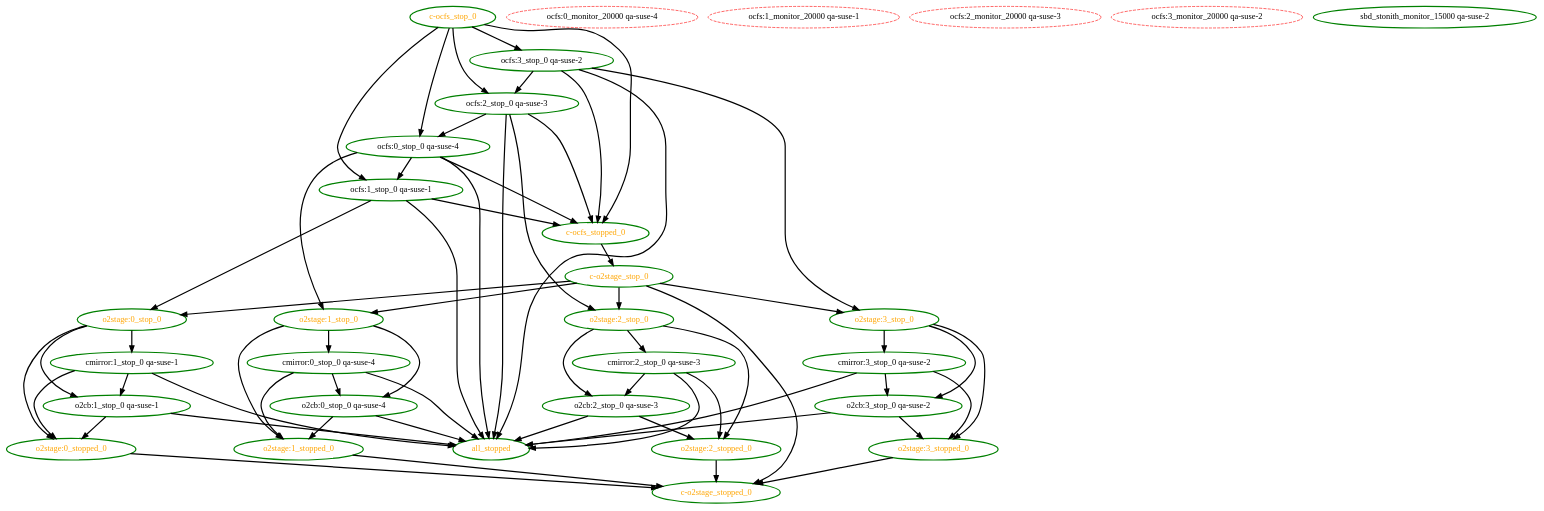
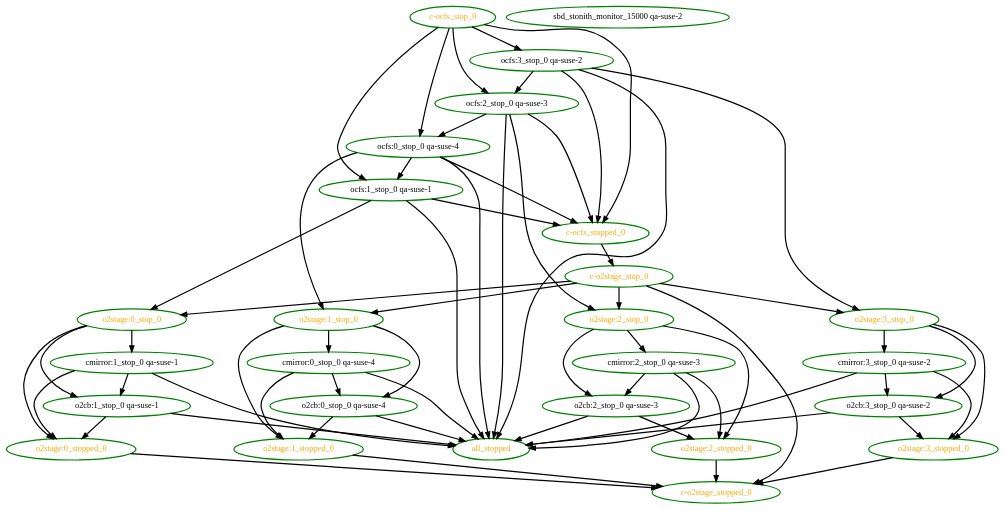
Before and after one commit to ClusterLabs/pacemaker: the diagram in pengine/test10/bug-lf-2422.dot, drawn with Graphviz.

Commit message:
Test: pengine: Do not reschedule monitors that are no longer needed while resource definitions have changed (update regression test)

```diff
--- a/pengine/test10/bug-lf-2422.dot
+++ b/pengine/test10/bug-lf-2422.dot
@@ -1,94 +1,90 @@
 digraph "g" {
 "all_stopped" [ style=bold color="green" fontcolor="orange" ]
 "c-o2stage_stop_0" -> "c-o2stage_stopped_0" [ style = bold]
 "c-o2stage_stop_0" -> "o2stage:0_stop_0" [ style = bold]
 "c-o2stage_stop_0" -> "o2stage:1_stop_0" [ style = bold]
 "c-o2stage_stop_0" -> "o2stage:2_stop_0" [ style = bold]
 "c-o2stage_stop_0" -> "o2stage:3_stop_0" [ style = bold]
 "c-o2stage_stop_0" [ style=bold color="green" fontcolor="orange" ]
 "c-o2stage_stopped_0" [ style=bold color="green" fontcolor="orange" ]
 "c-ocfs_stop_0" -> "c-ocfs_stopped_0" [ style = bold]
 "c-ocfs_stop_0" -> "ocfs:0_stop_0 qa-suse-4" [ style = bold]
 "c-ocfs_stop_0" -> "ocfs:1_stop_0 qa-suse-1" [ style = bold]
 "c-ocfs_stop_0" -> "ocfs:2_stop_0 qa-suse-3" [ style = bold]
 "c-ocfs_stop_0" -> "ocfs:3_stop_0 qa-suse-2" [ style = bold]
 "c-ocfs_stop_0" [ style=bold color="green" fontcolor="orange" ]
 "c-ocfs_stopped_0" -> "c-o2stage_stop_0" [ style = bold]
 "c-ocfs_stopped_0" [ style=bold color="green" fontcolor="orange" ]
 "cmirror:0_stop_0 qa-suse-4" -> "all_stopped" [ style = bold]
 "cmirror:0_stop_0 qa-suse-4" -> "o2cb:0_stop_0 qa-suse-4" [ style = bold]
 "cmirror:0_stop_0 qa-suse-4" -> "o2stage:1_stopped_0" [ style = bold]
 "cmirror:0_stop_0 qa-suse-4" [ style=bold color="green" fontcolor="black" ]
 "cmirror:1_stop_0 qa-suse-1" -> "all_stopped" [ style = bold]
 "cmirror:1_stop_0 qa-suse-1" -> "o2cb:1_stop_0 qa-suse-1" [ style = bold]
 "cmirror:1_stop_0 qa-suse-1" -> "o2stage:0_stopped_0" [ style = bold]
 "cmirror:1_stop_0 qa-suse-1" [ style=bold color="green" fontcolor="black" ]
 "cmirror:2_stop_0 qa-suse-3" -> "all_stopped" [ style = bold]
 "cmirror:2_stop_0 qa-suse-3" -> "o2cb:2_stop_0 qa-suse-3" [ style = bold]
 "cmirror:2_stop_0 qa-suse-3" -> "o2stage:2_stopped_0" [ style = bold]
 "cmirror:2_stop_0 qa-suse-3" [ style=bold color="green" fontcolor="black" ]
 "cmirror:3_stop_0 qa-suse-2" -> "all_stopped" [ style = bold]
 "cmirror:3_stop_0 qa-suse-2" -> "o2cb:3_stop_0 qa-suse-2" [ style = bold]
 "cmirror:3_stop_0 qa-suse-2" -> "o2stage:3_stopped_0" [ style = bold]
 "cmirror:3_stop_0 qa-suse-2" [ style=bold color="green" fontcolor="black" ]
 "o2cb:0_stop_0 qa-suse-4" -> "all_stopped" [ style = bold]
 "o2cb:0_stop_0 qa-suse-4" -> "o2stage:1_stopped_0" [ style = bold]
 "o2cb:0_stop_0 qa-suse-4" [ style=bold color="green" fontcolor="black" ]
 "o2cb:1_stop_0 qa-suse-1" -> "all_stopped" [ style = bold]
 "o2cb:1_stop_0 qa-suse-1" -> "o2stage:0_stopped_0" [ style = bold]
 "o2cb:1_stop_0 qa-suse-1" [ style=bold color="green" fontcolor="black" ]
 "o2cb:2_stop_0 qa-suse-3" -> "all_stopped" [ style = bold]
 "o2cb:2_stop_0 qa-suse-3" -> "o2stage:2_stopped_0" [ style = bold]
 "o2cb:2_stop_0 qa-suse-3" [ style=bold color="green" fontcolor="black" ]
 "o2cb:3_stop_0 qa-suse-2" -> "all_stopped" [ style = bold]
 "o2cb:3_stop_0 qa-suse-2" -> "o2stage:3_stopped_0" [ style = bold]
 "o2cb:3_stop_0 qa-suse-2" [ style=bold color="green" fontcolor="black" ]
 "o2stage:0_stop_0" -> "cmirror:1_stop_0 qa-suse-1" [ style = bold]
 "o2stage:0_stop_0" -> "o2cb:1_stop_0 qa-suse-1" [ style = bold]
 "o2stage:0_stop_0" -> "o2stage:0_stopped_0" [ style = bold]
 "o2stage:0_stop_0" [ style=bold color="green" fontcolor="orange" ]
 "o2stage:0_stopped_0" -> "c-o2stage_stopped_0" [ style = bold]
 "o2stage:0_stopped_0" [ style=bold color="green" fontcolor="orange" ]
 "o2stage:1_stop_0" -> "cmirror:0_stop_0 qa-suse-4" [ style = bold]
 "o2stage:1_stop_0" -> "o2cb:0_stop_0 qa-suse-4" [ style = bold]
 "o2stage:1_stop_0" -> "o2stage:1_stopped_0" [ style = bold]
 "o2stage:1_stop_0" [ style=bold color="green" fontcolor="orange" ]
 "o2stage:1_stopped_0" -> "c-o2stage_stopped_0" [ style = bold]
 "o2stage:1_stopped_0" [ style=bold color="green" fontcolor="orange" ]
 "o2stage:2_stop_0" -> "cmirror:2_stop_0 qa-suse-3" [ style = bold]
 "o2stage:2_stop_0" -> "o2cb:2_stop_0 qa-suse-3" [ style = bold]
 "o2stage:2_stop_0" -> "o2stage:2_stopped_0" [ style = bold]
 "o2stage:2_stop_0" [ style=bold color="green" fontcolor="orange" ]
 "o2stage:2_stopped_0" -> "c-o2stage_stopped_0" [ style = bold]
 "o2stage:2_stopped_0" [ style=bold color="green" fontcolor="orange" ]
 "o2stage:3_stop_0" -> "cmirror:3_stop_0 qa-suse-2" [ style = bold]
 "o2stage:3_stop_0" -> "o2cb:3_stop_0 qa-suse-2" [ style = bold]
 "o2stage:3_stop_0" -> "o2stage:3_stopped_0" [ style = bold]
 "o2stage:3_stop_0" [ style=bold color="green" fontcolor="orange" ]
 "o2stage:3_stopped_0" -> "c-o2stage_stopped_0" [ style = bold]
 "o2stage:3_stopped_0" [ style=bold color="green" fontcolor="orange" ]
-"ocfs:0_monitor_20000 qa-suse-4" [ style=dashed color="red" fontcolor="black" ]
 "ocfs:0_stop_0 qa-suse-4" -> "all_stopped" [ style = bold]
 "ocfs:0_stop_0 qa-suse-4" -> "c-ocfs_stopped_0" [ style = bold]
 "ocfs:0_stop_0 qa-suse-4" -> "o2stage:1_stop_0" [ style = bold]
 "ocfs:0_stop_0 qa-suse-4" -> "ocfs:1_stop_0 qa-suse-1" [ style = bold]
 "ocfs:0_stop_0 qa-suse-4" [ style=bold color="green" fontcolor="black" ]
-"ocfs:1_monitor_20000 qa-suse-1" [ style=dashed color="red" fontcolor="black" ]
 "ocfs:1_stop_0 qa-suse-1" -> "all_stopped" [ style = bold]
 "ocfs:1_stop_0 qa-suse-1" -> "c-ocfs_stopped_0" [ style = bold]
 "ocfs:1_stop_0 qa-suse-1" -> "o2stage:0_stop_0" [ style = bold]
 "ocfs:1_stop_0 qa-suse-1" [ style=bold color="green" fontcolor="black" ]
-"ocfs:2_monitor_20000 qa-suse-3" [ style=dashed color="red" fontcolor="black" ]
 "ocfs:2_stop_0 qa-suse-3" -> "all_stopped" [ style = bold]
 "ocfs:2_stop_0 qa-suse-3" -> "c-ocfs_stopped_0" [ style = bold]
 "ocfs:2_stop_0 qa-suse-3" -> "o2stage:2_stop_0" [ style = bold]
 "ocfs:2_stop_0 qa-suse-3" -> "ocfs:0_stop_0 qa-suse-4" [ style = bold]
 "ocfs:2_stop_0 qa-suse-3" [ style=bold color="green" fontcolor="black" ]
-"ocfs:3_monitor_20000 qa-suse-2" [ style=dashed color="red" fontcolor="black" ]
 "ocfs:3_stop_0 qa-suse-2" -> "all_stopped" [ style = bold]
 "ocfs:3_stop_0 qa-suse-2" -> "c-ocfs_stopped_0" [ style = bold]
 "ocfs:3_stop_0 qa-suse-2" -> "o2stage:3_stop_0" [ style = bold]
 "ocfs:3_stop_0 qa-suse-2" -> "ocfs:2_stop_0 qa-suse-3" [ style = bold]
 "ocfs:3_stop_0 qa-suse-2" [ style=bold color="green" fontcolor="black" ]
 "sbd_stonith_monitor_15000 qa-suse-2" [ style=bold color="green" fontcolor="black" ]
 }
```
